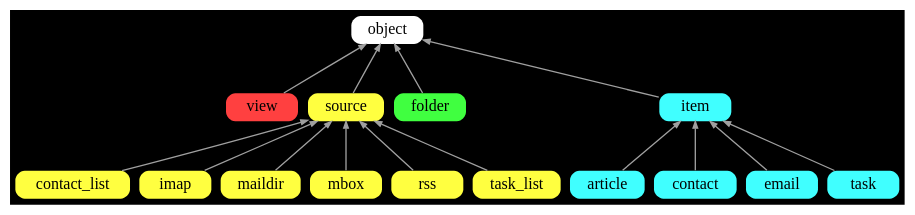
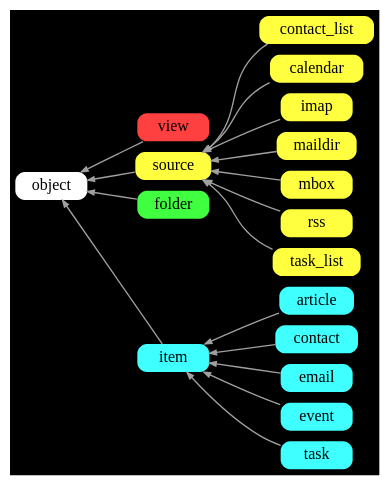
The diagram in inherit.gv (neomutt/test-arch), drawn with Graphviz before and after one commit. The commit also changed 8 other files, not shown here.

```diff
--- a/inherit.gv
+++ b/inherit.gv
@@ -1,60 +1,64 @@
 digraph inherit {
 	graph [
-		rankdir="BT"
+		rankdir="RL"
 		bgcolor="black"
 		color="white"
 		nodesep="0.1"
 		ranksep="0.5"
 	];
 
 	node [
 		shape="Mrecord"
 		fontsize="12"
 		style="filled"
 		height="0.2"
 		penwidth="0.0"
 	];
 
 	edge [
 		penwidth="1.0"
 		color="#A0A0A0"
 		arrowsize="0.5"
 	];
 
 
 	object       [ fillcolor="#ffffff" ];
 
 	view         [ fillcolor="#ff4040" ];
 	source       [ fillcolor="#ffff40" ];
 	folder       [ fillcolor="#40ff40" ];
 	item         [ fillcolor="#40ffff" ];
 
 	contact_list [ fillcolor="#ffff40" ];
+	calendar     [ fillcolor="#ffff40" ];
 	imap         [ fillcolor="#ffff40" ];
 	maildir      [ fillcolor="#ffff40" ];
 	mbox         [ fillcolor="#ffff40" ];
 	rss          [ fillcolor="#ffff40" ];
 	task_list    [ fillcolor="#ffff40" ];
 
 	article      [ fillcolor="#40ffff" ];
 	contact      [ fillcolor="#40ffff" ];
 	email        [ fillcolor="#40ffff" ];
+	event        [ fillcolor="#40ffff" ];
 	task         [ fillcolor="#40ffff" ];
 
 	view         -> object;
 	source       -> object;
 	folder       -> object;
 	item         -> object;
 
 	contact_list -> source;
+	calendar     -> source;
 	imap         -> source;
 	maildir      -> source;
 	mbox         -> source;
 	rss          -> source;
 	task_list    -> source;
 
 	article      -> item;
 	contact      -> item;
 	email        -> item;
+	event        -> item;
 	task         -> item;
 }
```
